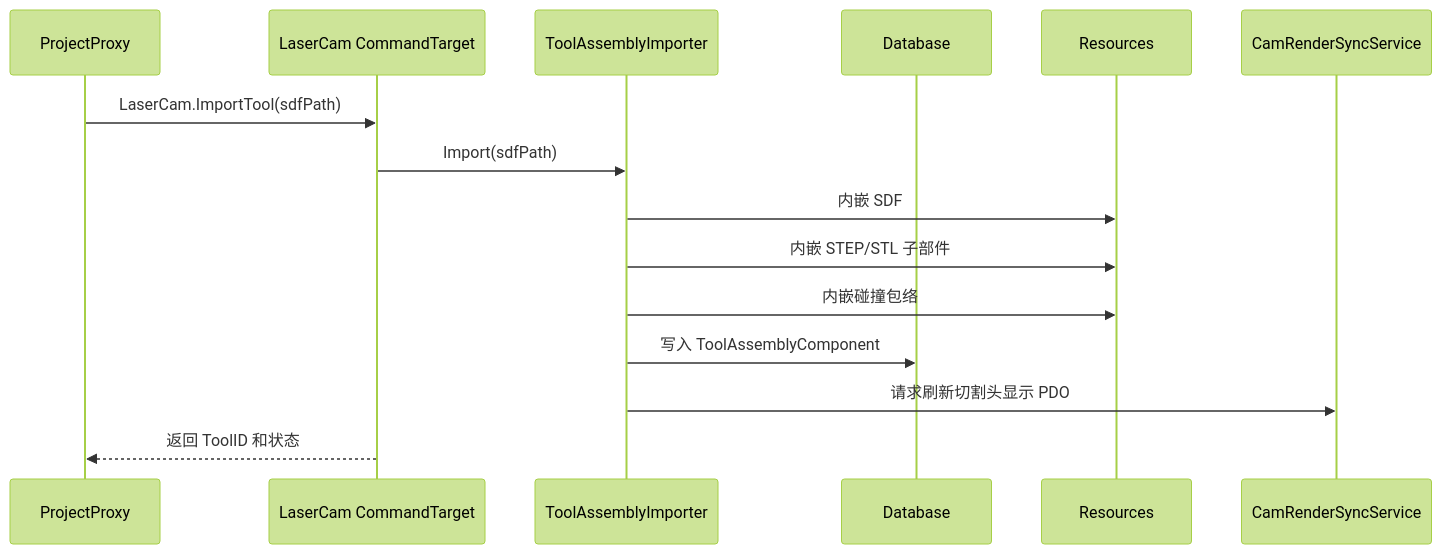
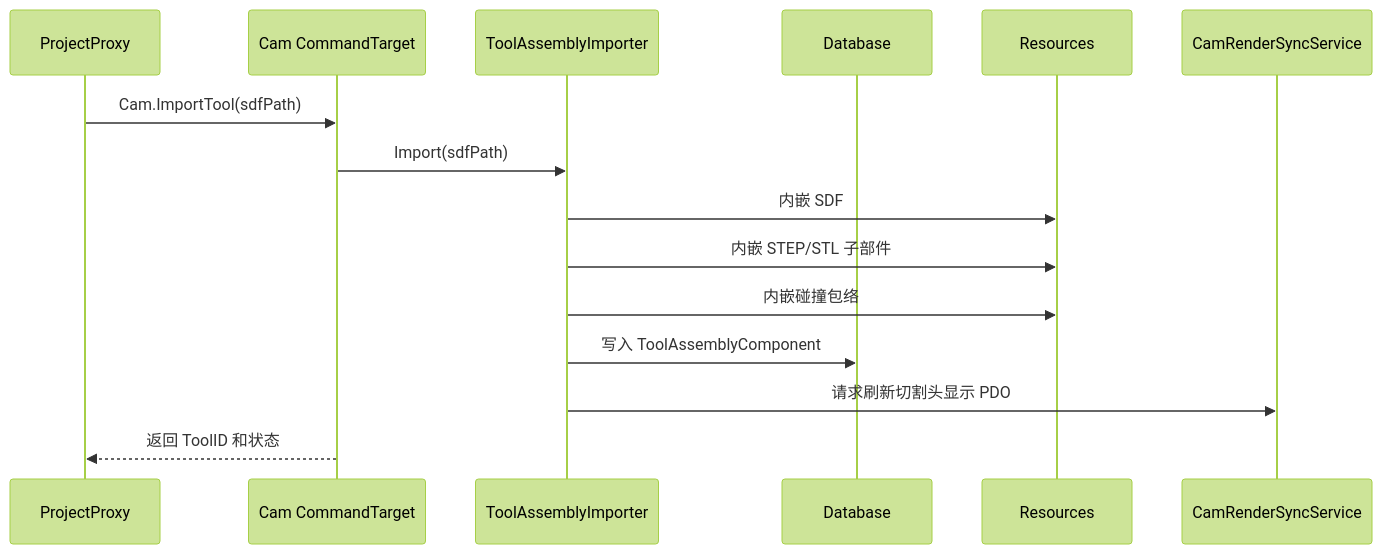
Before and after one commit to penguinchiang0609-ui/iCAX: the second of 6 diagrams in doc/iCAX-Engine/Products/Laser3DCAM/三维线条切割CAM产品方案文档.md, drawn with Mermaid (forest theme). The commit also changed other lines of this file and 35358 other files, not shown here.

````diff
--- a/doc/iCAX-Engine/Products/Laser3DCAM/三维线条切割CAM产品方案文档.md
+++ b/doc/iCAX-Engine/Products/Laser3DCAM/三维线条切割CAM产品方案文档.md
@@ -811,18 +823,18 @@
 ```mermaid
 sequenceDiagram
     participant UI as ProjectProxy
-    participant Cmd as LaserCam CommandTarget
+    participant Cmd as Cam CommandTarget
     participant Tool as ToolAssemblyImporter
     participant Repo as Database
     participant Res as Resources
     participant Render as CamRenderSyncService
 
-    UI->>Cmd: LaserCam.ImportTool(sdfPath)
+    UI->>Cmd: Cam.ImportTool(sdfPath)
     Cmd->>Tool: Import(sdfPath)
     Tool->>Res: 内嵌 SDF
     Tool->>Res: 内嵌 STEP/STL 子部件
     Tool->>Res: 内嵌碰撞包络
     Tool->>Repo: 写入 ToolAssemblyComponent
     Tool->>Render: 请求刷新切割头显示 PDO
     Cmd-->>UI: 返回 ToolID 和状态
 ```
````
